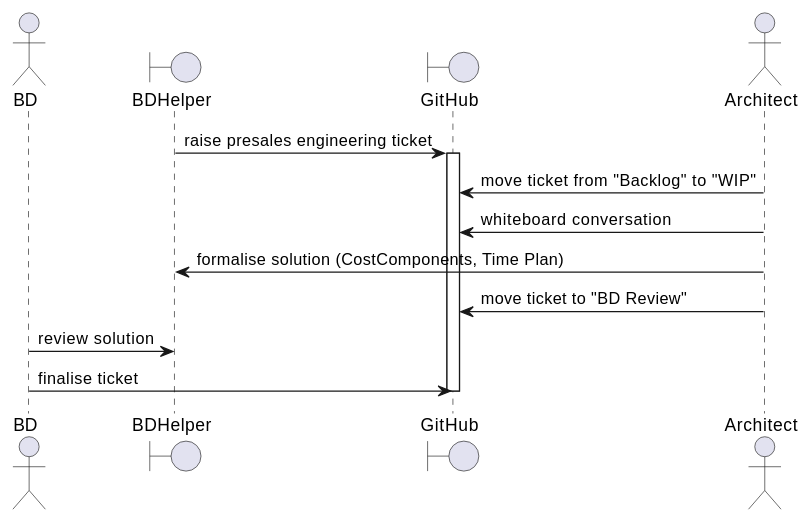
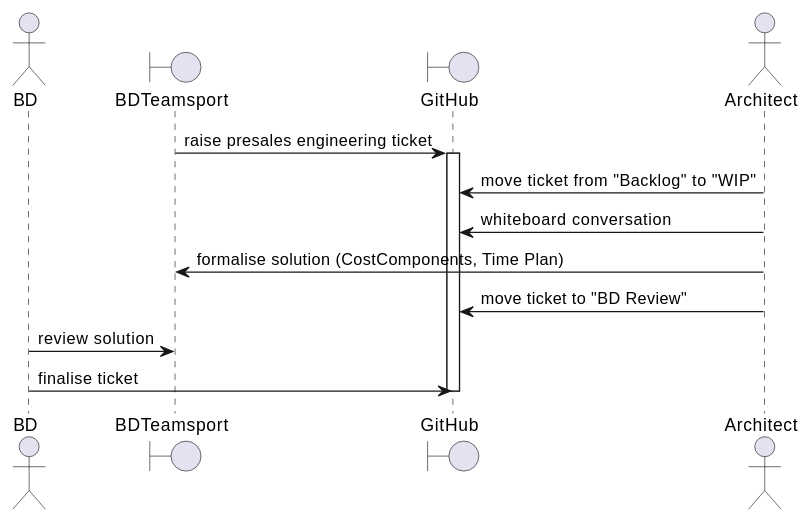
Before and after one commit to monkeypants/bd-teamsport: the second of 4 diagrams in docs/processes.rst, drawn with PlantUML. The commit also changed other lines of this file and 1 other file, not shown here.

```diff
--- a/docs/processes.rst
+++ b/docs/processes.rst
@@ -48,16 +132,16 @@
 .. uml::
 
    actor BD
-   boundary BDHelper
+   boundary BDTeamsport
    boundary GitHub
    actor Architect
 
-   BDHelper -> GitHub: raise presales engineering ticket
+   BDTeamsport -> GitHub: raise presales engineering ticket
    activate GitHub
    GitHub <- Architect: move ticket from "Backlog" to "WIP"
    GitHub <- Architect: whiteboard conversation
-   BDHelper <- Architect: formalise solution (CostComponents, Time Plan)
+   BDTeamsport <- Architect: formalise solution (CostComponents, Time Plan)
    GitHub <- Architect: move ticket to "BD Review"
-   BD -> BDHelper: review solution
+   BD -> BDTeamsport: review solution
    BD -> GitHub: finalise ticket
    deactivate GitHub
```
